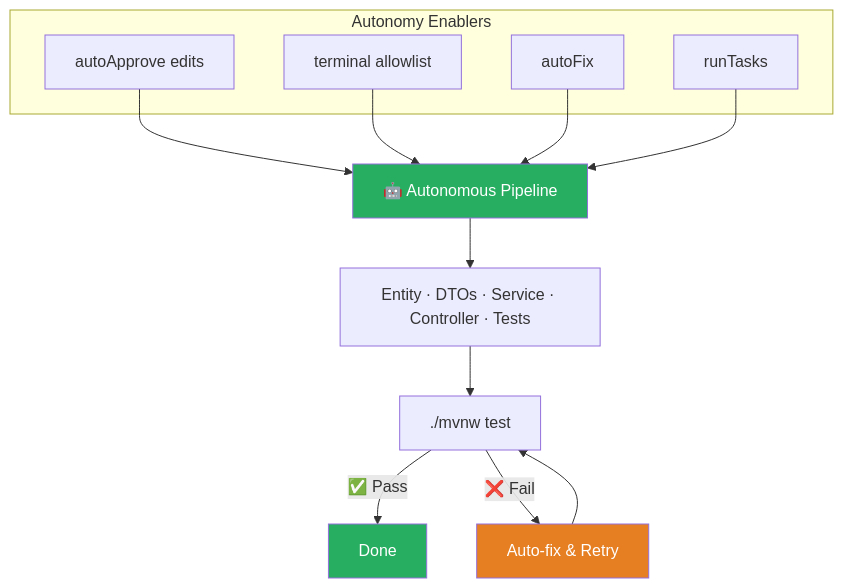
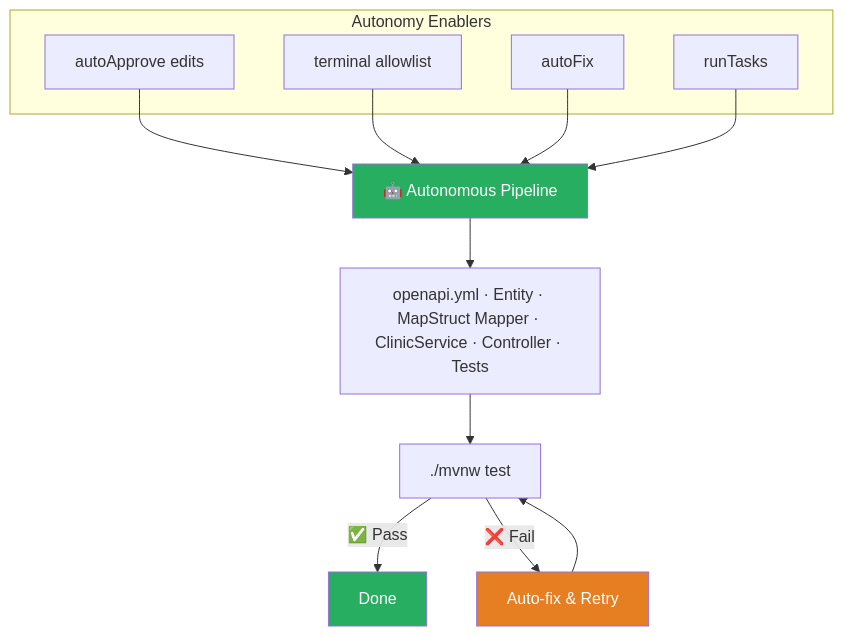
Before and after one commit to abossard/ghcp-agent-2024: the fourth of 5 diagrams in README.md, drawn with Mermaid. The commit also changed other lines of this file and 159 other files, not shown here.

````diff
--- a/README.md
+++ b/README.md
@@ -262,16 +343,16 @@
 ```mermaid
 graph TB
     subgraph "Autonomy Enablers"
         A["autoApprove edits"] & B["terminal allowlist"] & C["autoFix"] & D["runTasks"]
     end
 
     A & B & C & D --> E["🤖 Autonomous Pipeline"]
-    E --> F["Entity · DTOs · Service · Controller · Tests"]
+    E --> F["openapi.yml · Entity · MapStruct Mapper · ClinicService · Controller · Tests"]
     F --> J["./mvnw test"]
     J -->|"✅ Pass"| K["Done"]
     J -->|"❌ Fail"| L["Auto-fix & Retry"] --> J
 
     style E fill:#27ae60,color:#fff
     style K fill:#27ae60,color:#fff
     style L fill:#e67e22,color:#fff
 ```
````
